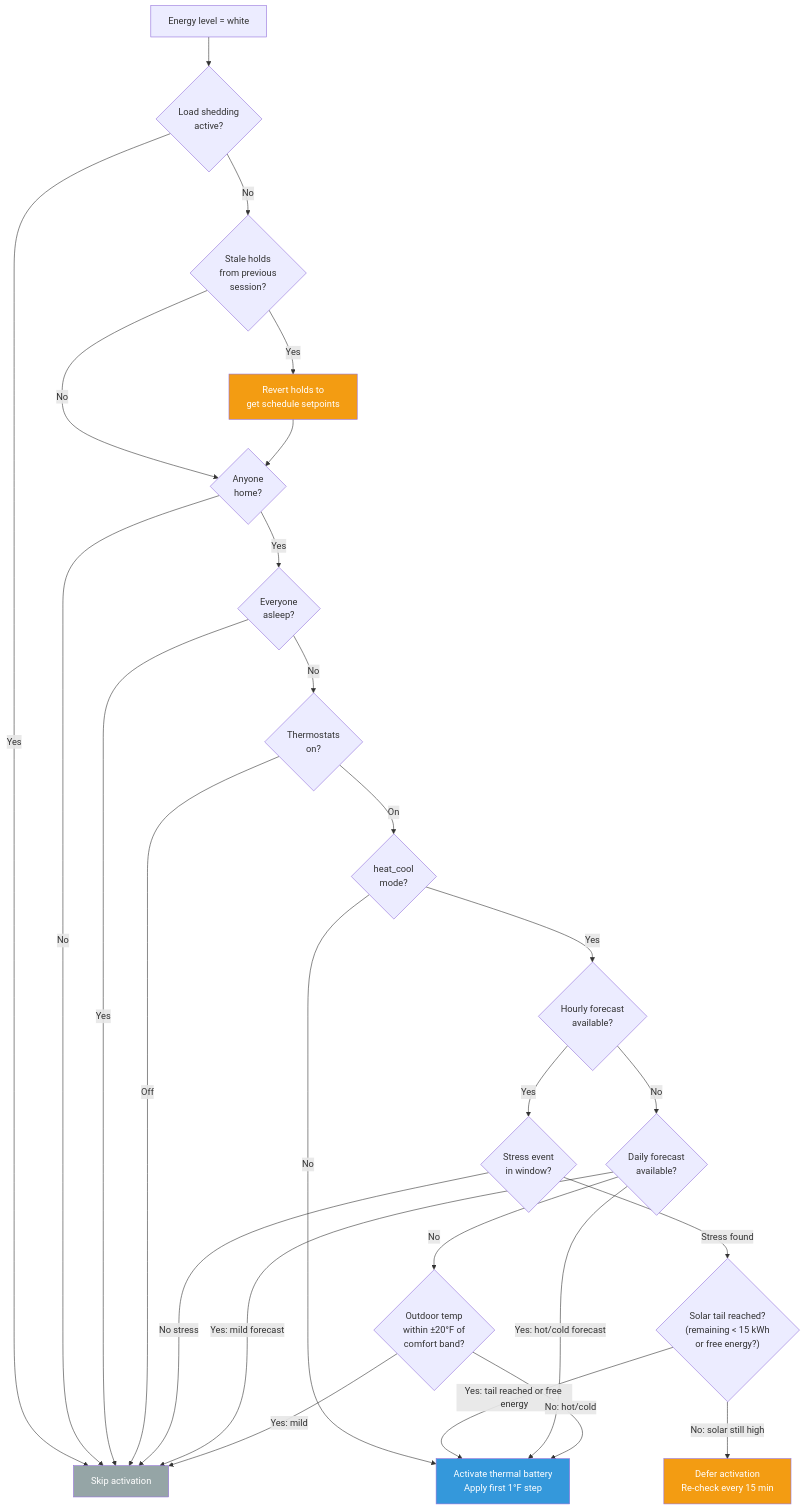
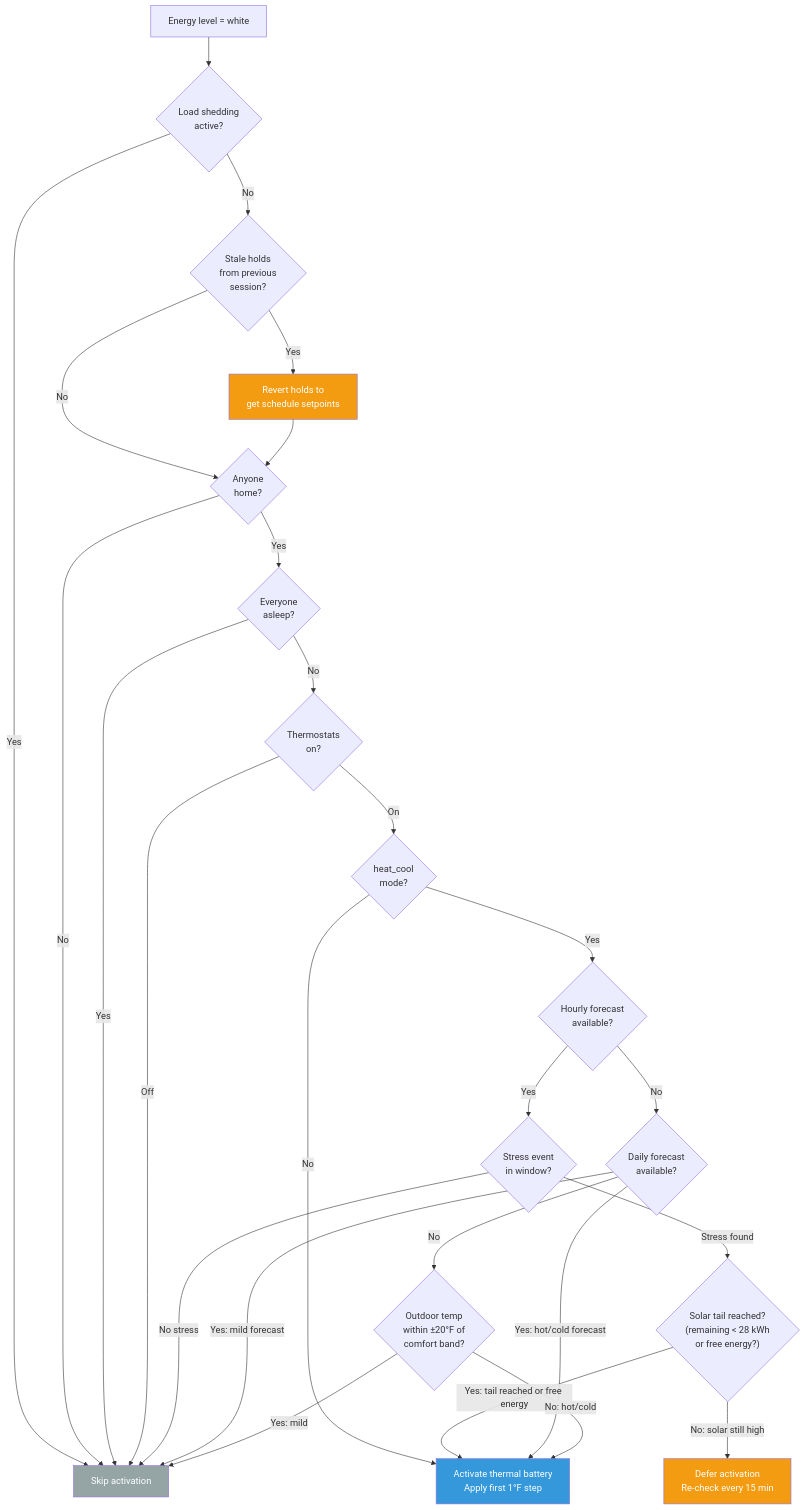
Before and after one commit to NickBorgers/home-automation: the fourth of 7 diagrams in docs/flows/LOAD_SHEDDING.md, drawn with Mermaid. The commit also changed other lines of this file and 1 other file, not shown here.

````diff
--- a/docs/flows/LOAD_SHEDDING.md
+++ b/docs/flows/LOAD_SHEDDING.md
@@ -128,50 +128,50 @@
 ```mermaid
 flowchart TD
     whiteLevel["Energy level = white"]
     checkLS{"Load shedding<br/>active?"}
     checkStaleHolds{"Stale holds<br/>from previous<br/>session?"}
     revertHolds["Revert holds to<br/>get schedule setpoints"]
     checkHome{"Anyone<br/>home?"}
     checkSleep{"Everyone<br/>asleep?"}
     checkHVAC{"Thermostats<br/>on?"}
     checkMode{"heat_cool<br/>mode?"}
     checkHourly{"Hourly forecast<br/>available?"}
     checkStress{"Stress event<br/>in window?"}
-    checkSolarTail{"Solar tail reached?<br/>(remaining &lt; 15 kWh<br/>or free energy?)"}
+    checkSolarTail{"Solar tail reached?<br/>(remaining &lt; 28 kWh<br/>or free energy?)"}
     deferred["Defer activation<br/>Re-check every 15 min"]
     checkDaily{"Daily forecast<br/>available?"}
     checkOutdoor{"Outdoor temp<br/>within ±20°F of<br/>comfort band?"}
     activate["Activate thermal battery<br/>Apply first 1°F step"]
     skip["Skip activation"]
 
     whiteLevel --> checkLS
     checkLS -->|Yes| skip
     checkLS -->|No| checkStaleHolds
     checkStaleHolds -->|Yes| revertHolds
     checkStaleHolds -->|No| checkHome
     revertHolds --> checkHome
     checkHome -->|No| skip
     checkHome -->|Yes| checkSleep
     checkSleep -->|Yes| skip
     checkSleep -->|No| checkHVAC
     checkHVAC -->|Off| skip
     checkHVAC -->|On| checkMode
     checkMode -->|No| activate
     checkMode -->|Yes| checkHourly
     checkHourly -->|Yes| checkStress
     checkStress -->|No stress| skip
     checkStress -->|Stress found| checkSolarTail
     checkSolarTail -->|No: solar still high| deferred
     checkSolarTail -->|Yes: tail reached or free energy| activate
     checkHourly -->|No| checkDaily
     checkDaily -->|Yes: mild forecast| skip
     checkDaily -->|Yes: hot/cold forecast| activate
     checkDaily -->|No| checkOutdoor
     checkOutdoor -->|Yes: mild| skip
     checkOutdoor -->|No: hot/cold| activate
 
     style activate fill:#3498db,color:#fff
     style skip fill:#95a5a6,color:#fff
     style deferred fill:#f39c12,color:#fff
     style revertHolds fill:#f39c12,color:#fff
 ```
````
